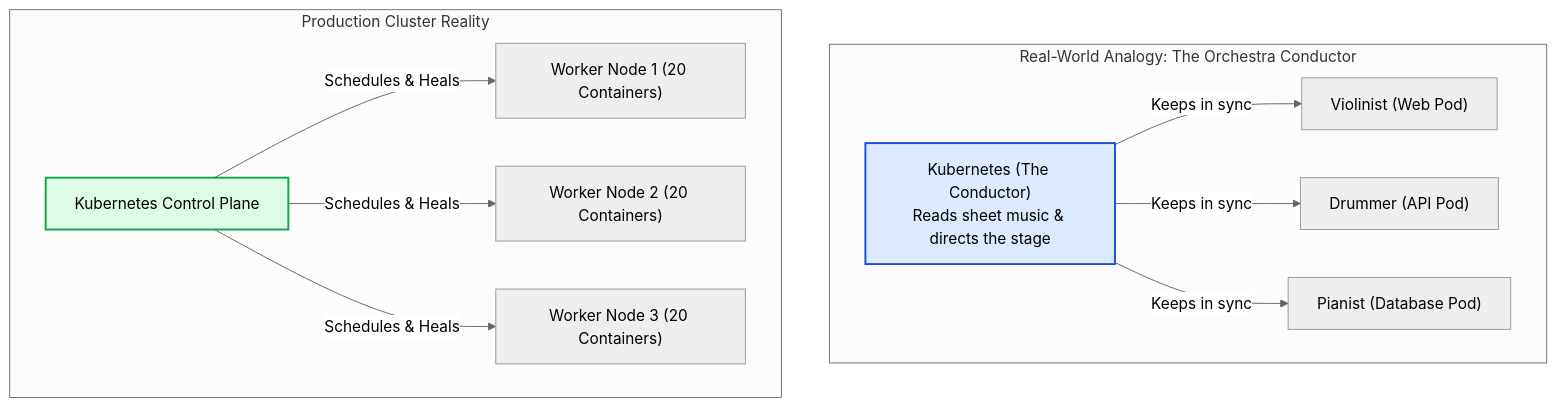
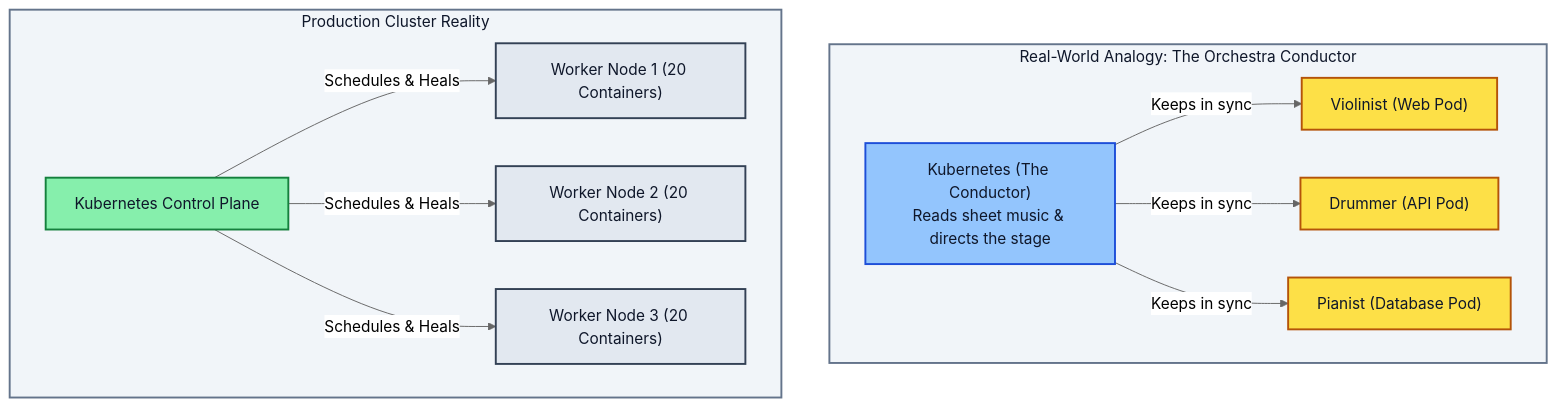
Before and after one commit to PandeyKishan/Study-Notes: the first of 4 diagrams in 02-Kubernetes/01-Architecture-and-Control-Plane.md, drawn with Mermaid (neutral theme). The commit also changed other lines of this file and 22 other files, not shown here.

Commit message:
docs: enhance diagram visibility with high-contrast palette and add concise book definitions

````diff
--- a/02-Kubernetes/01-Architecture-and-Control-Plane.md
+++ b/02-Kubernetes/01-Architecture-and-Control-Plane.md
@@ -35,27 +35,35 @@
 ```mermaid
 flowchart TD
     subgraph Analogy["Real-World Analogy: The Orchestra Conductor"]
         Conductor["Kubernetes (The Conductor)\nReads sheet music & directs the stage"]
         Violin["Violinist (Web Pod)"]
         Drums["Drummer (API Pod)"]
         Piano["Pianist (Database Pod)"]
 
         Conductor -->|Keeps in sync| Violin
         Conductor -->|Keeps in sync| Drums
         Conductor -->|Keeps in sync| Piano
     end
 
     subgraph Production["Production Cluster Reality"]
         K8s["Kubernetes Control Plane"]
         Node1["Worker Node 1 (20 Containers)"]
         Node2["Worker Node 2 (20 Containers)"]
         Node3["Worker Node 3 (20 Containers)"]
 
         K8s -->|Schedules & Heals| Node1
         K8s -->|Schedules & Heals| Node2
         K8s -->|Schedules & Heals| Node3
     end
 
-    style Conductor fill:#dbeafe,stroke:#1d4ed8,stroke-width:2px
-    style K8s fill:#dcfce7,stroke:#16a34a,stroke-width:2px
+    style Conductor fill:#93c5fd,stroke:#1d4ed8,stroke-width:2px,color:#0f172a
+    style Violin fill:#fde047,stroke:#b45309,stroke-width:2px,color:#0f172a
+    style Drums fill:#fde047,stroke:#b45309,stroke-width:2px,color:#0f172a
+    style Piano fill:#fde047,stroke:#b45309,stroke-width:2px,color:#0f172a
+    style K8s fill:#86efac,stroke:#15803d,stroke-width:2px,color:#0f172a
+    style Node1 fill:#e2e8f0,stroke:#334155,stroke-width:2px,color:#0f172a
+    style Node2 fill:#e2e8f0,stroke:#334155,stroke-width:2px,color:#0f172a
+    style Node3 fill:#e2e8f0,stroke:#334155,stroke-width:2px,color:#0f172a
+    style Analogy fill:#f1f5f9,stroke:#64748b,stroke-width:2px,color:#0f172a
+    style Production fill:#f1f5f9,stroke:#64748b,stroke-width:2px,color:#0f172a
 ```
````
